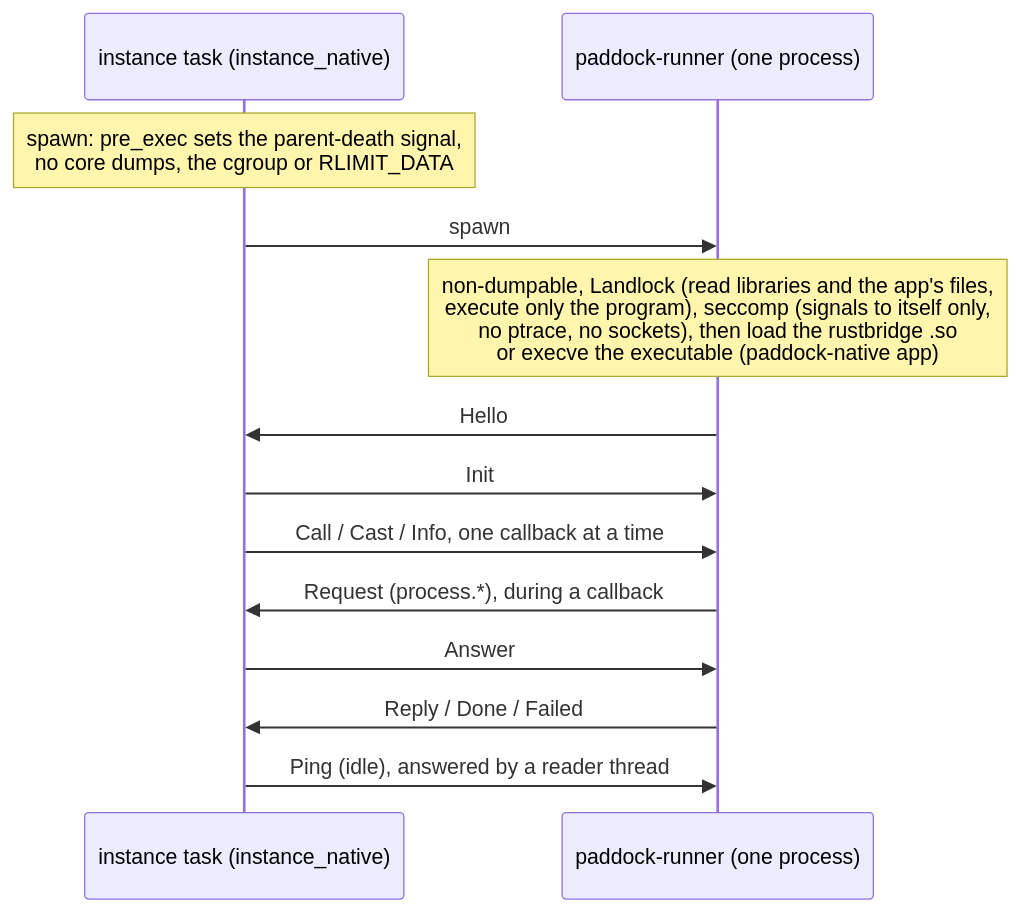
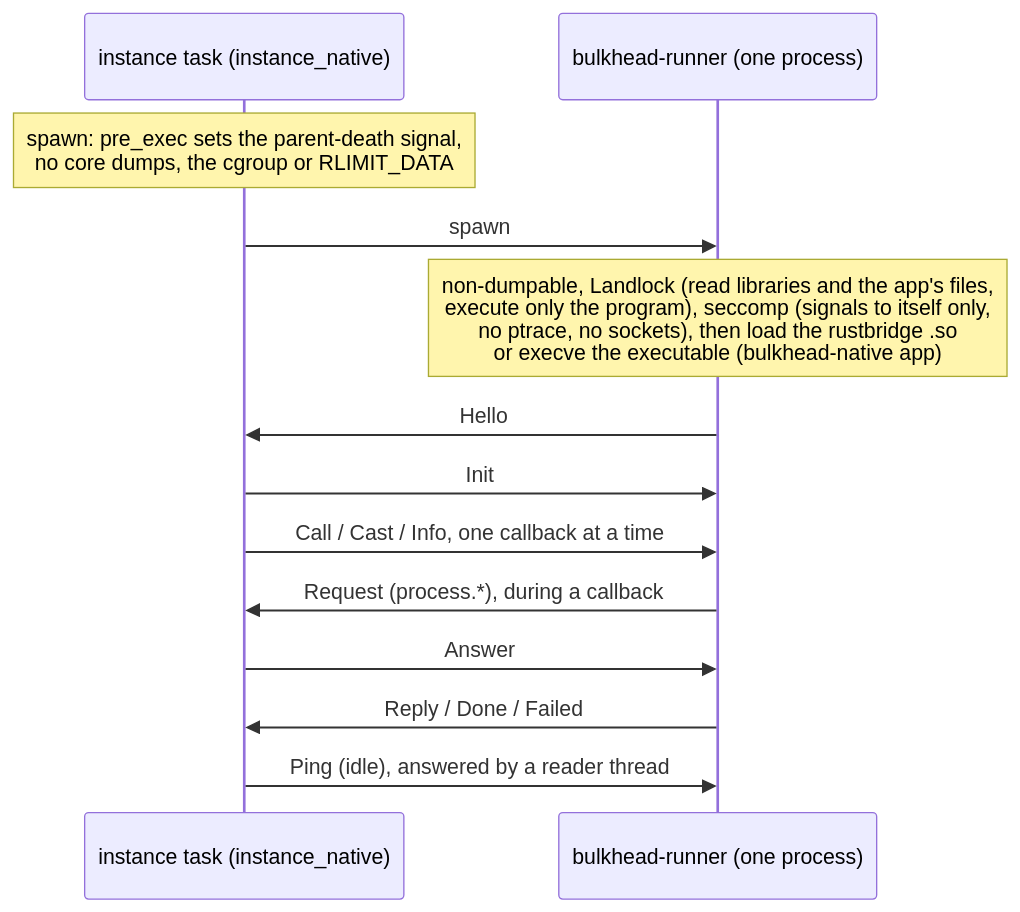
The third of 6 diagrams in docs/ARCHITECTURE.md (jrobhoward/paddock), drawn with Mermaid before and after one commit. The commit also changed other lines of this file and 955 other files, not shown here.

Commit message:
Fork Paddock as Bulkhead: rename everything

````diff
--- a/docs/ARCHITECTURE.md
+++ b/docs/ARCHITECTURE.md
@@ -124,15 +124,15 @@
 ```mermaid
 sequenceDiagram
     participant I as instance task (instance_native)
-    participant R as paddock-runner (one process)
+    participant R as bulkhead-runner (one process)
     Note over I: spawn: pre_exec sets the parent-death signal,<br/>no core dumps, the cgroup or RLIMIT_DATA
     I->>R: spawn
-    Note over R: non-dumpable, Landlock (read libraries and the app's files,<br/>execute only the program), seccomp (signals to itself only,<br/>no ptrace, no sockets), then load the rustbridge .so<br/>or execve the executable (paddock-native app)
+    Note over R: non-dumpable, Landlock (read libraries and the app's files,<br/>execute only the program), seccomp (signals to itself only,<br/>no ptrace, no sockets), then load the rustbridge .so<br/>or execve the executable (bulkhead-native app)
     R->>I: Hello
     I->>R: Init
     I->>R: Call / Cast / Info, one callback at a time
     R->>I: Request (process.*), during a callback
     I->>R: Answer
     R->>I: Reply / Done / Failed
     I->>R: Ping (idle), answered by a reader thread
 ```
````
